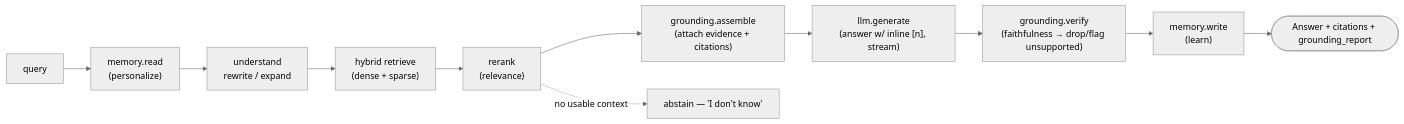
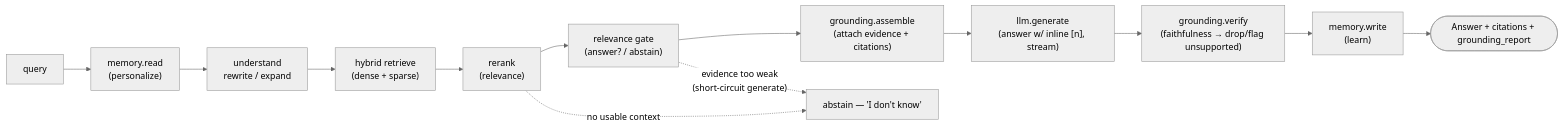
One commit to dTrans4M-R/RaCore changed the second of 2 diagrams in docs/architecture.md. Above: the diagram before and after it, drawn with Mermaid (neutral theme). The commit also changed other lines of this file and 8 other files, not shown here.

````diff
--- a/docs/architecture.md
+++ b/docs/architecture.md
@@ -79,13 +80,15 @@
 ```mermaid
 flowchart LR
     Q["query"] --> M["memory.read<br/>(personalize)"]
     M --> U["understand<br/>rewrite / expand"]
     U --> H["hybrid retrieve<br/>(dense + sparse)"]
     H --> R["rerank<br/>(relevance)"]
-    R --> A["grounding.assemble<br/>(attach evidence + citations)"]
+    R --> G["relevance gate<br/>(answer? / abstain)"]
+    G --> A["grounding.assemble<br/>(attach evidence + citations)"]
     A --> L["llm.generate<br/>(answer w/ inline [n], stream)"]
     L --> V["grounding.verify<br/>(faithfulness → drop/flag unsupported)"]
     V --> W["memory.write<br/>(learn)"]
     W --> O(["Answer + citations + grounding_report"])
     R -.no usable context.-> X["abstain — 'I don't know'"]
+    G -.evidence too weak<br/>(short-circuit generate).-> X
 ```
````
